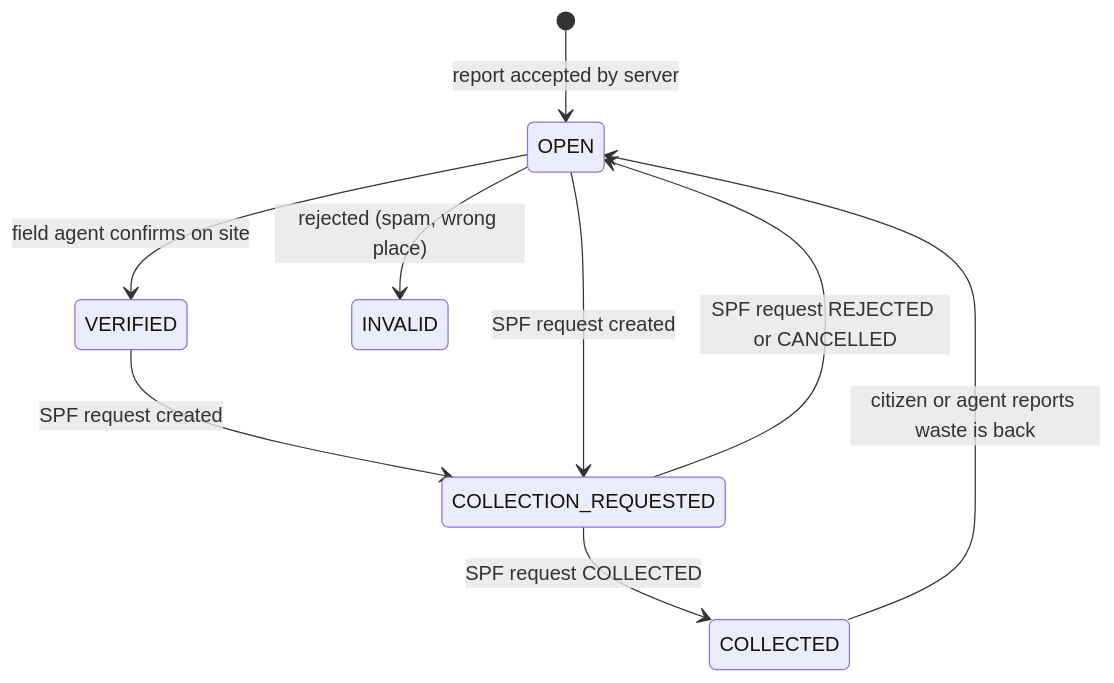
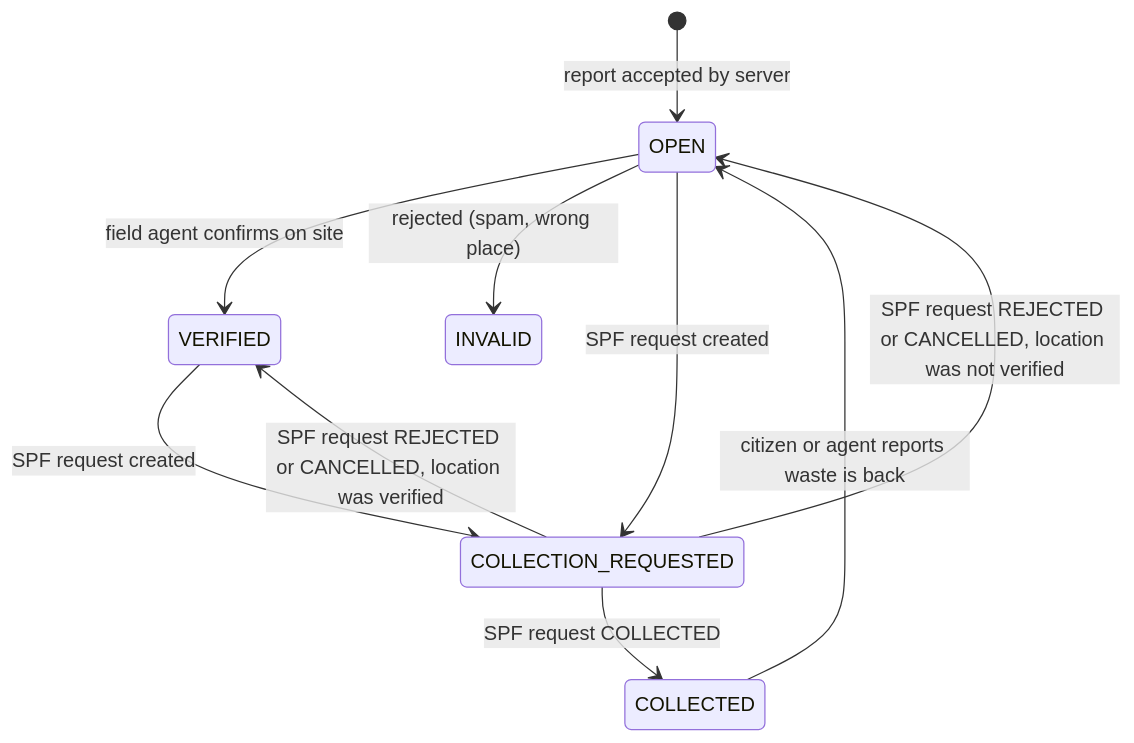
The diagram in docs/requirements/citizen-field-agent-app-functional-requirements-joel-fah.md (Joel-Fah/Distributed-Waste-Management-System), drawn with Mermaid before and after one commit. The commit also changed other lines of this file, not shown here.

First line of the commit message:
docs(reporter): keep verification when an SPF request is rejected

````diff
--- a/docs/requirements/citizen-field-agent-app-functional-requirements-joel-fah.md
+++ b/docs/requirements/citizen-field-agent-app-functional-requirements-joel-fah.md
@@ -45,11 +45,12 @@
 ```mermaid
 stateDiagram-v2
     [*] --> OPEN: report accepted by server
     OPEN --> VERIFIED: field agent confirms on site
     OPEN --> INVALID: rejected (spam, wrong place)
     VERIFIED --> COLLECTION_REQUESTED: SPF request created
     OPEN --> COLLECTION_REQUESTED: SPF request created
     COLLECTION_REQUESTED --> COLLECTED: SPF request COLLECTED
-    COLLECTION_REQUESTED --> OPEN: SPF request REJECTED or CANCELLED
+    COLLECTION_REQUESTED --> OPEN: SPF request REJECTED or CANCELLED, location was not verified
+    COLLECTION_REQUESTED --> VERIFIED: SPF request REJECTED or CANCELLED, location was verified
     COLLECTED --> OPEN: citizen or agent reports waste is back
 ```
````
